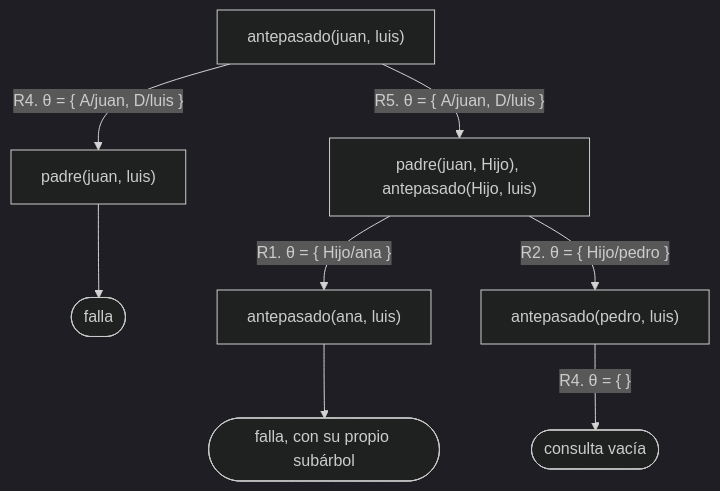
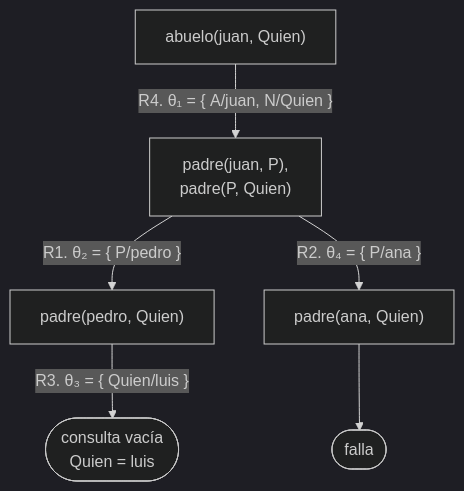
One commit to CesarBallardini/curso-de-prolog changed the third of 9 diagrams in docs/capitulo-05-como-responde-prolog/soluciones.md. Above: the diagram before and after it, drawn with Mermaid (dark theme). The commit also changed other lines of this file and 214 other files, not shown here.

````diff
--- a/docs/capitulo-05-como-responde-prolog/soluciones.md
+++ b/docs/capitulo-05-como-responde-prolog/soluciones.md
@@ -176,10 +78,8 @@
 ```mermaid
 flowchart TD
-    A["antepasado(juan, luis)"] -- "R4. θ = { A/juan, D/luis }" --> B["padre(juan, luis)"]
-    A -- "R5. θ = { A/juan, D/luis }" --> C["padre(juan, Hijo), antepasado(Hijo, luis)"]
-    B --> D(["falla"])
-    C -- "R1. θ = { Hijo/ana }" --> E["antepasado(ana, luis)"]
-    C -- "R2. θ = { Hijo/pedro }" --> F["antepasado(pedro, luis)"]
-    E --> G(["falla, con su propio subárbol"])
-    F -- "R4. θ = { }" --> H(["consulta vacía"])
+    A["abuelo(juan, Quien)"] -- "R4. θ₁ = {&nbsp;A/juan, N/Quien&nbsp;}" --> B["padre(juan, P),<br/>padre(P, Quien)"]
+    B -- "R1. θ₂ = {&nbsp;P/pedro&nbsp;}" --> C["padre(pedro, Quien)"]
+    B -- "R2. θ₄ = {&nbsp;P/ana&nbsp;}" --> D["padre(ana, Quien)"]
+    C -- "R3. θ₃ = {&nbsp;Quien/luis&nbsp;}" --> E(["consulta vacía<br/>Quien = luis"])
+    D --> F(["falla"])
 ```
````
